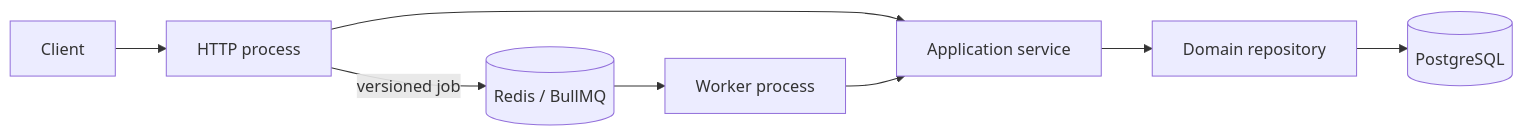
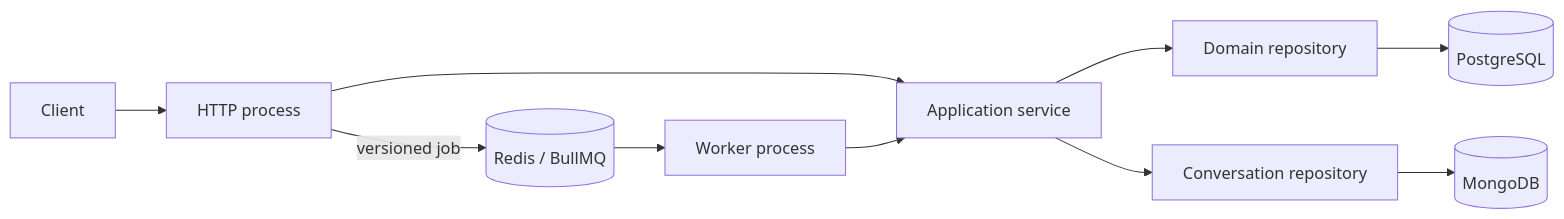
Before and after one commit to johnakisk0700/slopform: the diagram in docs/backend.md, drawn with Mermaid. The commit also changed other lines of this file and 68 other files, not shown here.

First line of the commit message:
feat: persist conversation threads in MongoDB

````diff
--- a/docs/backend.md
+++ b/docs/backend.md
@@ -39,10 +41,12 @@
 ```mermaid
 flowchart LR
   Client["Client"] --> HTTP["HTTP process"]
   HTTP --> Service["Application service"]
   Service --> Repository["Domain repository"]
   Repository --> PostgreSQL[(PostgreSQL)]
+  Service --> ConversationRepository["Conversation repository"]
+  ConversationRepository --> MongoDB[(MongoDB)]
   HTTP -->|"versioned job"| Redis[(Redis / BullMQ)]
   Redis --> Worker["Worker process"]
   Worker --> Service
 ```
````
